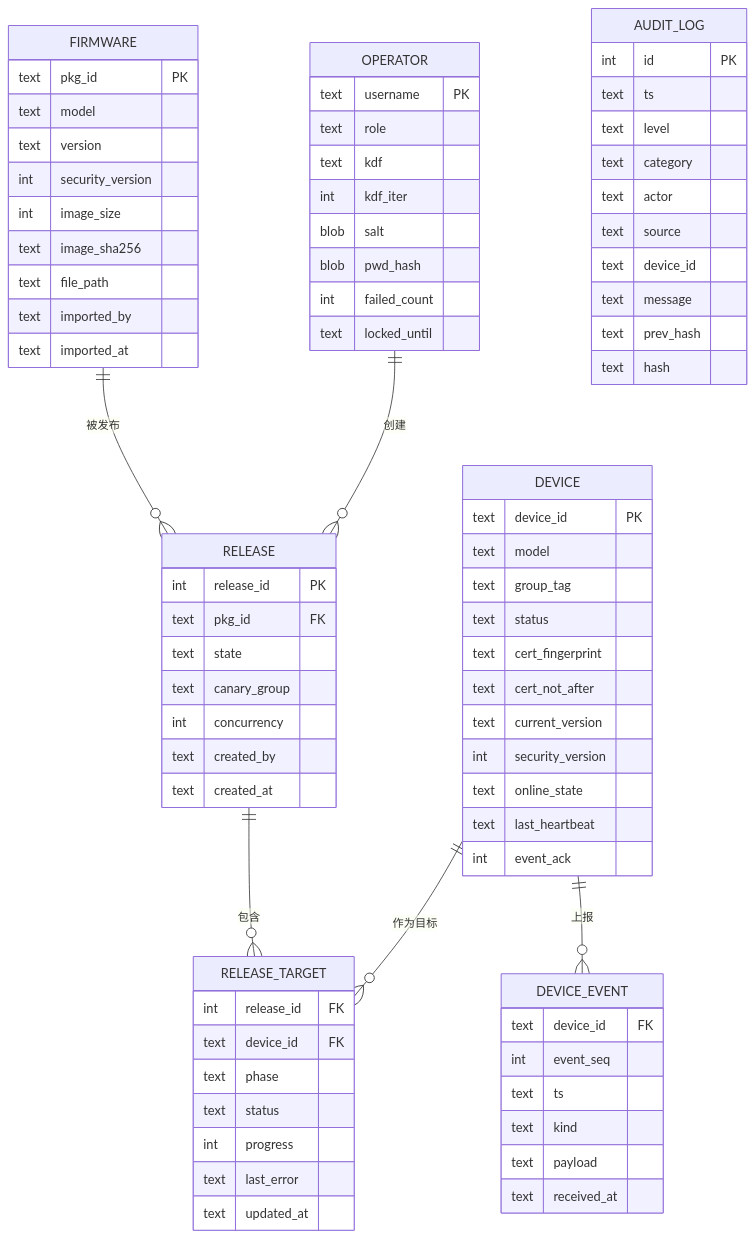
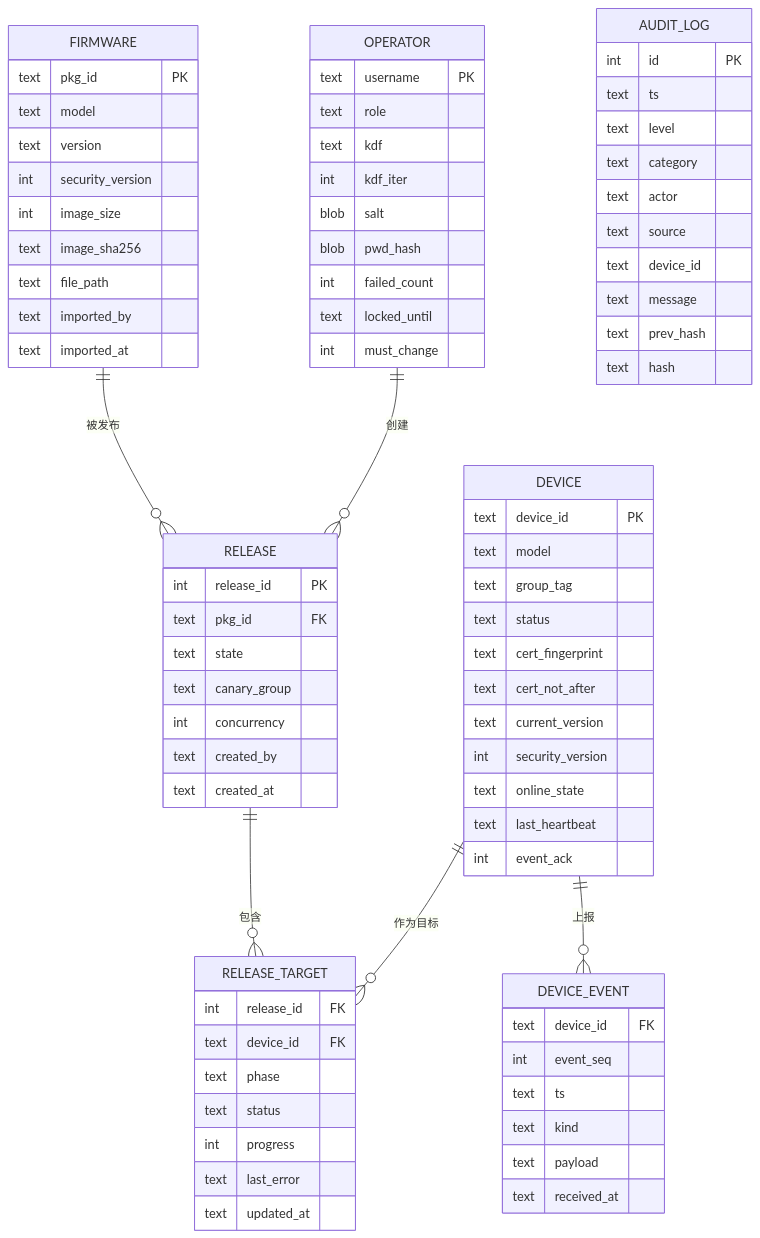
The ninth of 11 diagrams in docs/系统设计说明书.md (ahu-iii/firmware-distribution-system), drawn with Mermaid before and after one commit. The commit also changed other lines of this file and 49 other files, not shown here.

````diff
--- a/docs/系统设计说明书.md
+++ b/docs/系统设计说明书.md
@@ -348,80 +351,81 @@
 ```mermaid
 erDiagram
     OPERATOR {
         text username PK
         text role
         text kdf
         int kdf_iter
         blob salt
         blob pwd_hash
         int failed_count
         text locked_until
+        int must_change
     }
     DEVICE {
         text device_id PK
         text model
         text group_tag
         text status
         text cert_fingerprint
         text cert_not_after
         text current_version
         int security_version
         text online_state
         text last_heartbeat
         int event_ack
     }
     FIRMWARE {
         text pkg_id PK
         text model
         text version
         int security_version
         int image_size
         text image_sha256
         text file_path
         text imported_by
         text imported_at
     }
     RELEASE {
         int release_id PK
         text pkg_id FK
         text state
         text canary_group
         int concurrency
         text created_by
         text created_at
     }
     RELEASE_TARGET {
         int release_id FK
         text device_id FK
         text phase
         text status
         int progress
         text last_error
         text updated_at
     }
     DEVICE_EVENT {
         text device_id FK
         int event_seq
         text ts
         text kind
         text payload
         text received_at
     }
     AUDIT_LOG {
         int id PK
         text ts
         text level
         text category
         text actor
         text source
         text device_id
         text message
         text prev_hash
         text hash
     }
     FIRMWARE ||--o{ RELEASE : "被发布"
     RELEASE ||--o{ RELEASE_TARGET : "包含"
     DEVICE ||--o{ RELEASE_TARGET : "作为目标"
     DEVICE ||--o{ DEVICE_EVENT : "上报"
     OPERATOR ||--o{ RELEASE : "创建"
 ```
````
